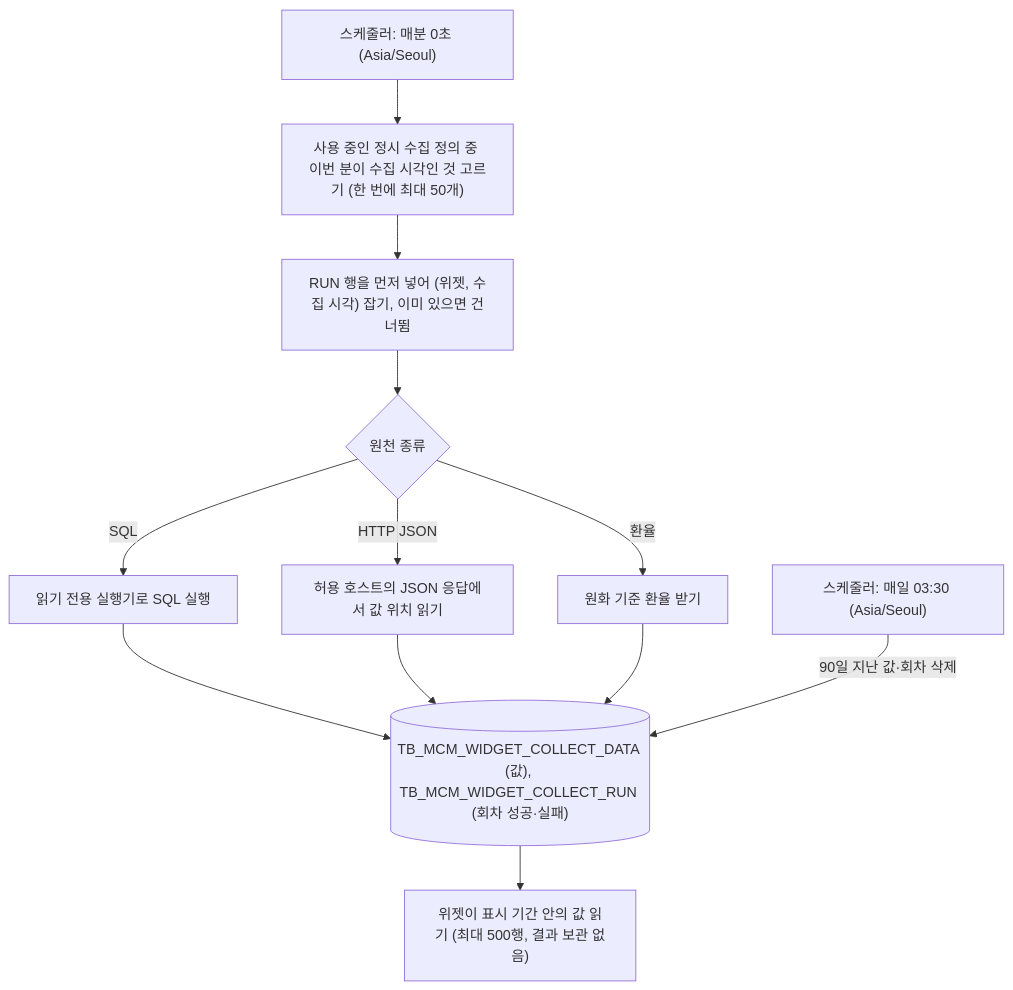
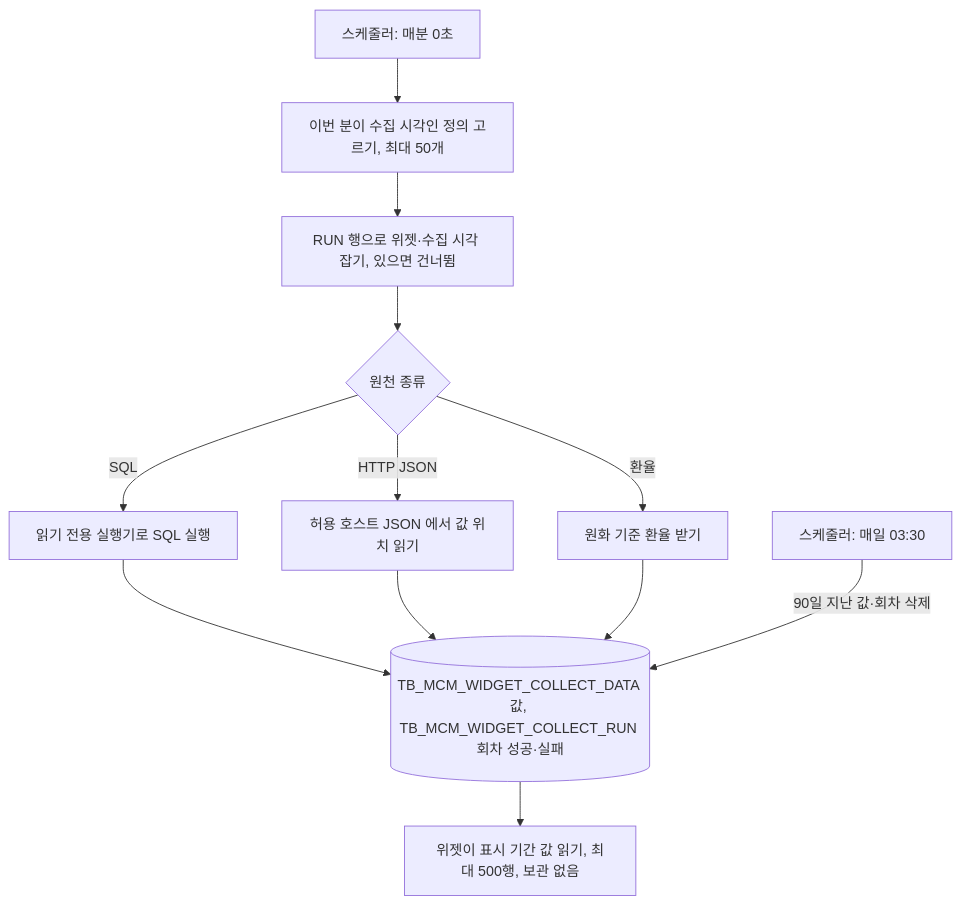
Before and after one commit to jongik-sv/dmes-standard: the fourth of 7 diagrams in docs/guide/FrontEnd/Widget-Authoring-Guide.md, drawn with Mermaid. The commit also changed other lines of this file and 1 other file, not shown here.

First line of the commit message:
docs(widget): 위젯 만드는 방법 가이드를 표·한눈에 보기 중심으로 간결하게 정리한다

````diff
--- a/docs/guide/FrontEnd/Widget-Authoring-Guide.md
+++ b/docs/guide/FrontEnd/Widget-Authoring-Guide.md
@@ -372,14 +307,10 @@
 ```mermaid
 flowchart TB
-  T["스케줄러: 매분 0초 (Asia/Seoul)"] --> P["사용 중인 정시 수집 정의 중 이번 분이 수집 시각인 것 고르기 (한 번에 최대 50개)"]
-  P --> R["RUN 행을 먼저 넣어 (위젯, 수집 시각) 잡기, 이미 있으면 건너뜀"]
-  R --> S{"원천 종류"}
+  T["스케줄러: 매분 0초"] --> P["이번 분이 수집 시각인 정의 고르기, 최대 50개"] --> R["RUN 행으로 위젯·수집 시각 잡기, 있으면 건너뜀"] --> S{"원천 종류"}
   S -->|"SQL"| S1["읽기 전용 실행기로 SQL 실행"]
-  S -->|"HTTP JSON"| S2["허용 호스트의 JSON 응답에서 값 위치 읽기"]
+  S -->|"HTTP JSON"| S2["허용 호스트 JSON 에서 값 위치 읽기"]
   S -->|"환율"| S3["원화 기준 환율 받기"]
-  S1 --> DB[("TB_MCM_WIDGET_COLLECT_DATA (값), TB_MCM_WIDGET_COLLECT_RUN (회차 성공·실패)")]
-  S2 --> DB
-  S3 --> DB
-  DB --> V["위젯이 표시 기간 안의 값 읽기 (최대 500행, 결과 보관 없음)"]
-  X["스케줄러: 매일 03:30 (Asia/Seoul)"] -->|"90일 지난 값·회차 삭제"| DB
+  S1 & S2 & S3 --> DB[("TB_MCM_WIDGET_COLLECT_DATA 값, TB_MCM_WIDGET_COLLECT_RUN 회차 성공·실패")]
+  DB --> V["위젯이 표시 기간 값 읽기, 최대 500행, 보관 없음"]
+  X["스케줄러: 매일 03:30"] -->|"90일 지난 값·회차 삭제"| DB
 ```
````
